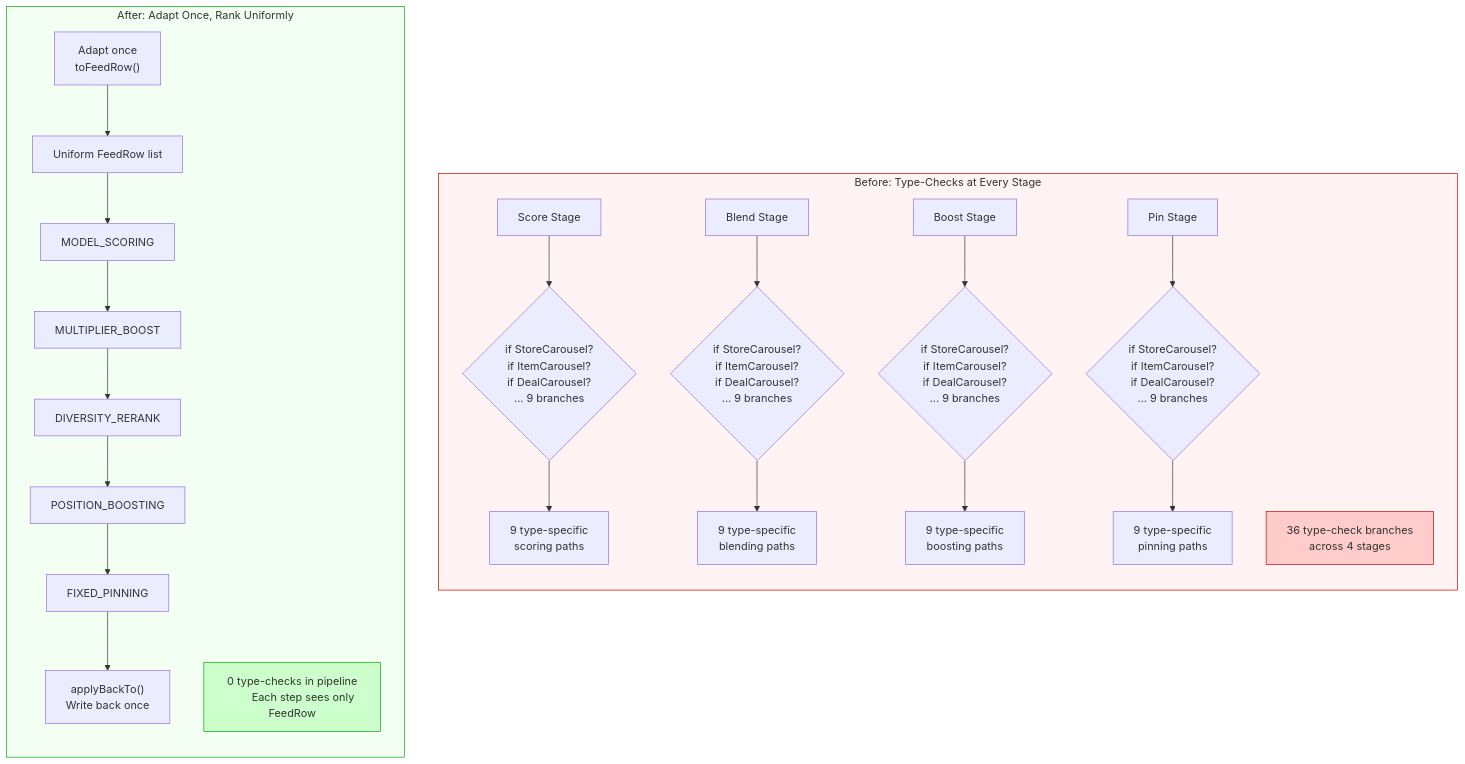
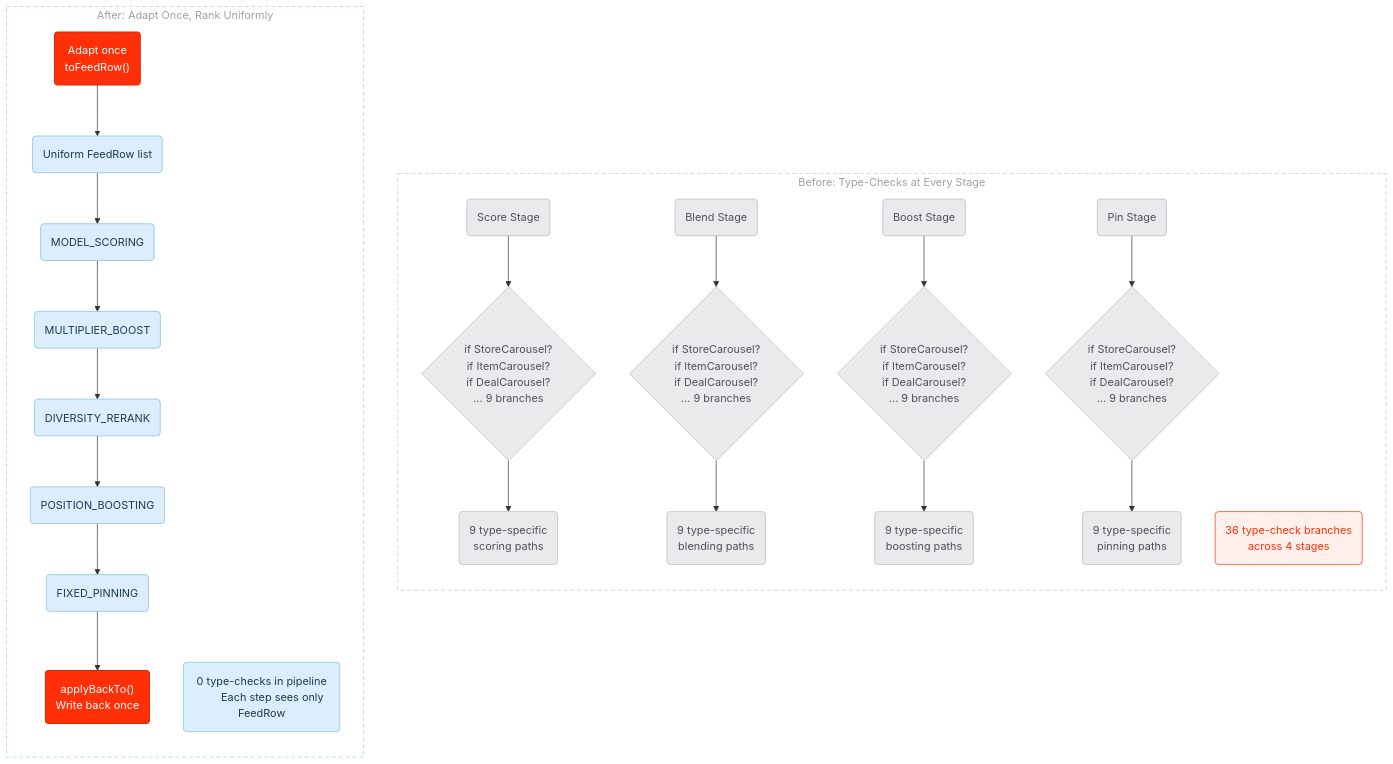
Before and after one commit to daniel-fonyo/dd-brain: the second of 7 diagrams in unified-blending-platform/context/one-pager-diagrams.md, drawn with Mermaid. The commit also changed other lines of this file, not shown here.

First line of the commit message:
Restyle all 7 one-pager diagrams with design guidelines

````diff
--- a/unified-blending-platform/context/one-pager-diagrams.md
+++ b/unified-blending-platform/context/one-pager-diagrams.md
@@ -190,55 +191,60 @@
 ```mermaid
 flowchart TB
-    subgraph before["Before: Type-Checks at Every Stage"]
+    subgraph before["  Before: Type-Checks at Every Stage  "]
         direction TB
-        S1["Score Stage"] --> B1{"if StoreCarousel?
+        S1("Score Stage"):::domain --> B1{"if StoreCarousel?
         if ItemCarousel?
         if DealCarousel?
-        ... 9 branches"}
-        S2["Blend Stage"] --> B2{"if StoreCarousel?
+        ... 9 branches"}:::domain
+        S2("Blend Stage"):::domain --> B2{"if StoreCarousel?
         if ItemCarousel?
         if DealCarousel?
-        ... 9 branches"}
-        S3["Boost Stage"] --> B3{"if StoreCarousel?
+        ... 9 branches"}:::domain
+        S3("Boost Stage"):::domain --> B3{"if StoreCarousel?
         if ItemCarousel?
         if DealCarousel?
-        ... 9 branches"}
-        S4["Pin Stage"] --> B4{"if StoreCarousel?
+        ... 9 branches"}:::domain
+        S4("Pin Stage"):::domain --> B4{"if StoreCarousel?
         if ItemCarousel?
         if DealCarousel?
-        ... 9 branches"}
+        ... 9 branches"}:::domain
 
-        B1 --> R1["9 type-specific
-        scoring paths"]
-        B2 --> R2["9 type-specific
-        blending paths"]
-        B3 --> R3["9 type-specific
-        boosting paths"]
-        B4 --> R4["9 type-specific
-        pinning paths"]
+        B1 --> R1("9 type-specific
+        scoring paths"):::domain
+        B2 --> R2("9 type-specific
+        blending paths"):::domain
+        B3 --> R3("9 type-specific
+        boosting paths"):::domain
+        B4 --> R4("9 type-specific
+        pinning paths"):::domain
 
-        NOTE["36 type-check branches
-        across 4 stages"]
+        NOTE("36 type-check branches
+        across 4 stages"):::callout_problem
     end
 
-    subgraph after["After: Adapt Once, Rank Uniformly"]
+    subgraph after["  After: Adapt Once, Rank Uniformly  "]
         direction TB
-        ADAPT["Adapt once
-        toFeedRow()"] --> UNI["Uniform FeedRow list"]
-        UNI --> P1["MODEL_SCORING"]
-        P1 --> P2["MULTIPLIER_BOOST"]
-        P2 --> P3["DIVERSITY_RERANK"]
-        P3 --> P4["POSITION_BOOSTING"]
-        P4 --> P5["FIXED_PINNING"]
-        P5 --> BACK["applyBackTo()
-        Write back once"]
+        ADAPT("Adapt once
+        toFeedRow()"):::hero --> UNI("Uniform FeedRow list"):::step
+        UNI --> P1("MODEL_SCORING"):::step
+        P1 --> P2("MULTIPLIER_BOOST"):::step
+        P2 --> P3("DIVERSITY_RERANK"):::step
+        P3 --> P4("POSITION_BOOSTING"):::step
+        P4 --> P5("FIXED_PINNING"):::step
+        P5 --> BACK("applyBackTo()
+        Write back once"):::hero
 
-        NOTE2["0 type-checks in pipeline
-        Each step sees only FeedRow"]
+        NOTE2("0 type-checks in pipeline
+        Each step sees only FeedRow"):::callout_good
     end
 
-    style before fill:#fff3f3,stroke:#cc0000
-    style after fill:#f3fff3,stroke:#00aa00
-    style NOTE fill:#ffcccc,stroke:#cc0000
-    style NOTE2 fill:#ccffcc,stroke:#00aa00
+    %% Gray = the existing mess. Red = the action. Blue = the new clean flow.
+    classDef domain fill:#EAEAED,stroke:#B8B8C2,color:#505058,stroke-width:1px
+    classDef hero fill:#FF3008,stroke:#D42807,color:#FFFFFF,stroke-width:1.5px
+    classDef step fill:#DCEEFB,stroke:#7BBCE0,color:#1A3A50,stroke-width:1px
+    classDef callout_problem fill:#FFF0EB,stroke:#FF3008,color:#FF3008,stroke-width:1px
+    classDef callout_good fill:#DCEEFB,stroke:#7BBCE0,color:#1A3A50,stroke-width:1px
+
+    style before fill:transparent,stroke:#C8C8D0,stroke-width:1px,stroke-dasharray:6 4,color:#A0A0A8
+    style after fill:transparent,stroke:#A0CCE8,stroke-width:1px,stroke-dasharray:6 4,color:#A0A0A8
 ```
````
